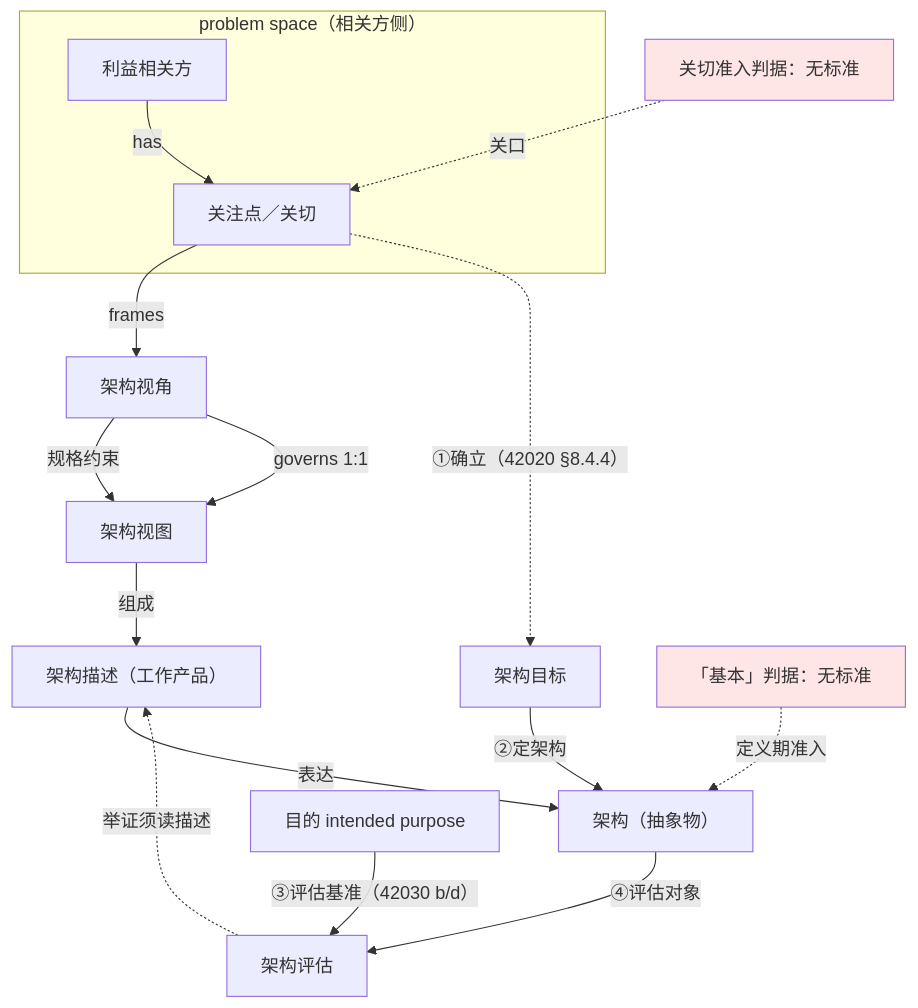
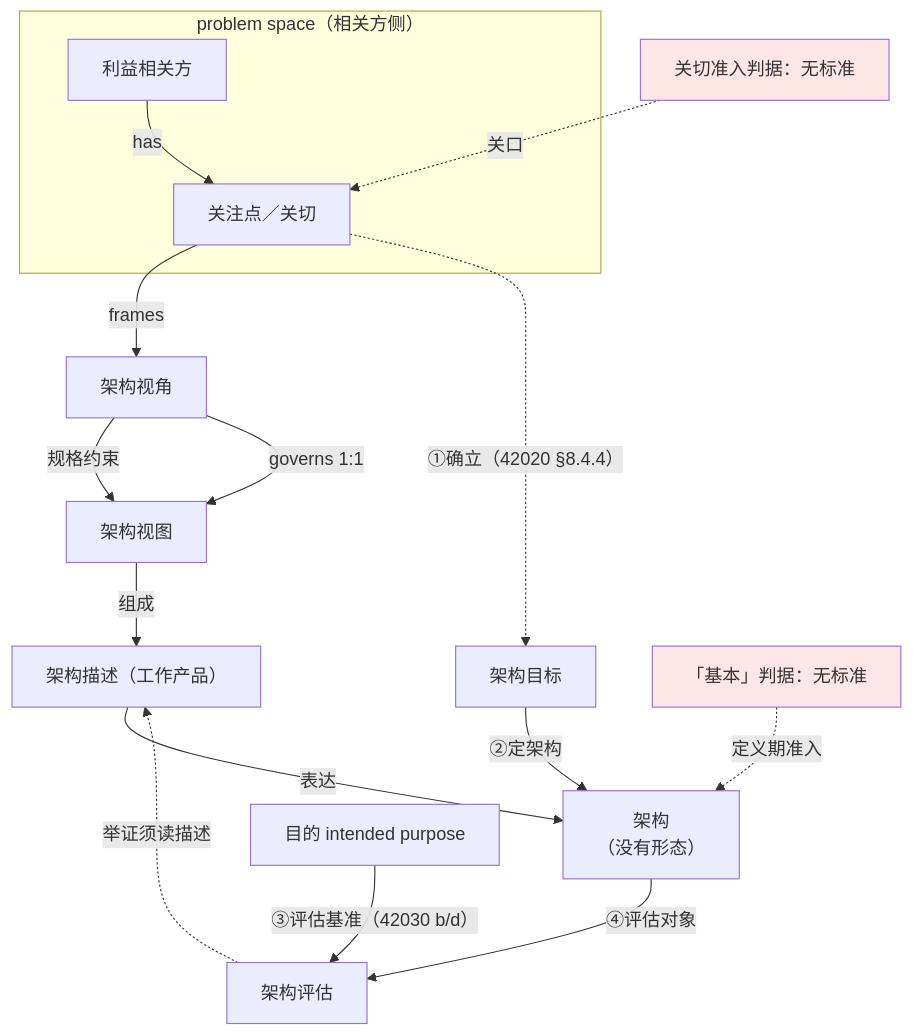
The first of 3 diagrams in 100-subprojects/01-系统工程研究/00-系统工程相关研究报告/32-架构视角与关切判据研究报告-从视角集到关切裁决.md (Yongjunzhou/AOS-system-design), drawn with Mermaid before and after one commit. The commit also changed other lines of this file and 177 other files, not shown here.

````diff
--- a/100-subprojects/01-系统工程研究/00-系统工程相关研究报告/32-架构视角与关切判据研究报告-从视角集到关切裁决.md
+++ b/100-subprojects/01-系统工程研究/00-系统工程相关研究报告/32-架构视角与关切判据研究报告-从视角集到关切裁决.md
@@ -49,20 +60,20 @@
 ```mermaid
 flowchart TB
     subgraph P["problem space（相关方侧）"]
         SH["利益相关方"] -->|"has"| C["关注点／关切"]
     end
     C -->|"frames"| VP["架构视角"]
     VP -->|"规格约束"| V["架构视图"]
     VP -->|"governs 1:1"| V
     V -->|"组成"| AD["架构描述（工作产品）"]
-    AD -->|"表达"| A["架构（抽象物）"]
+    AD -->|"表达"| A["架构<br/>（没有形态）"]
     C -.->|"①确立（42020 §8.4.4）"| O["架构目标"]
     O -->|"②定架构"| A
     PP["目的 intended purpose"] -->|"③评估基准（42030 b/d）"| EV["架构评估"]
     A -->|"④评估对象"| EV
     EV -.->|"举证须读描述"| AD
     N1["「基本」判据：无标准"] -.->|"定义期准入"| A
     N2["关切准入判据：无标准"] -.->|"关口"| C
     style N1 fill:#ffe6e6
     style N2 fill:#ffe6e6
 ```
````
